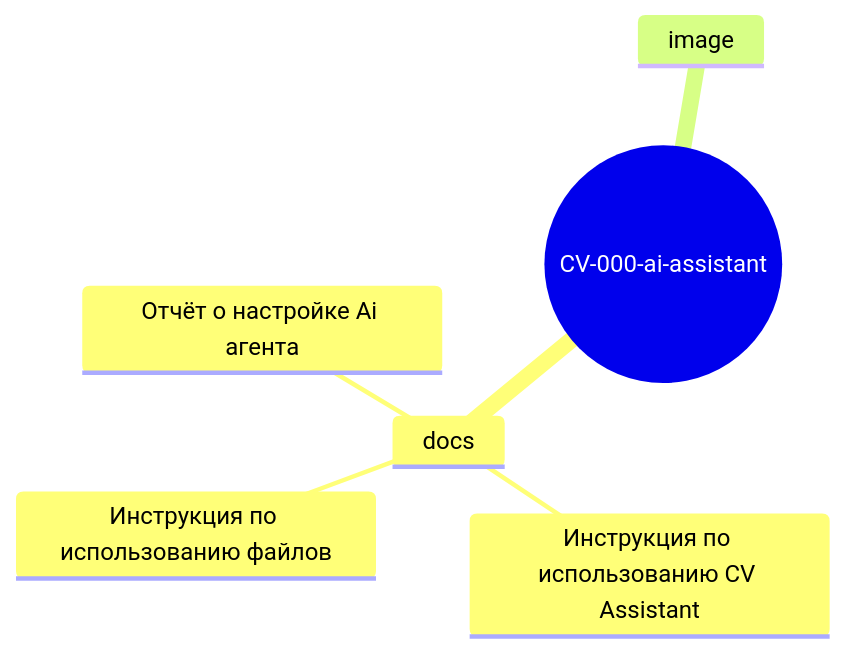
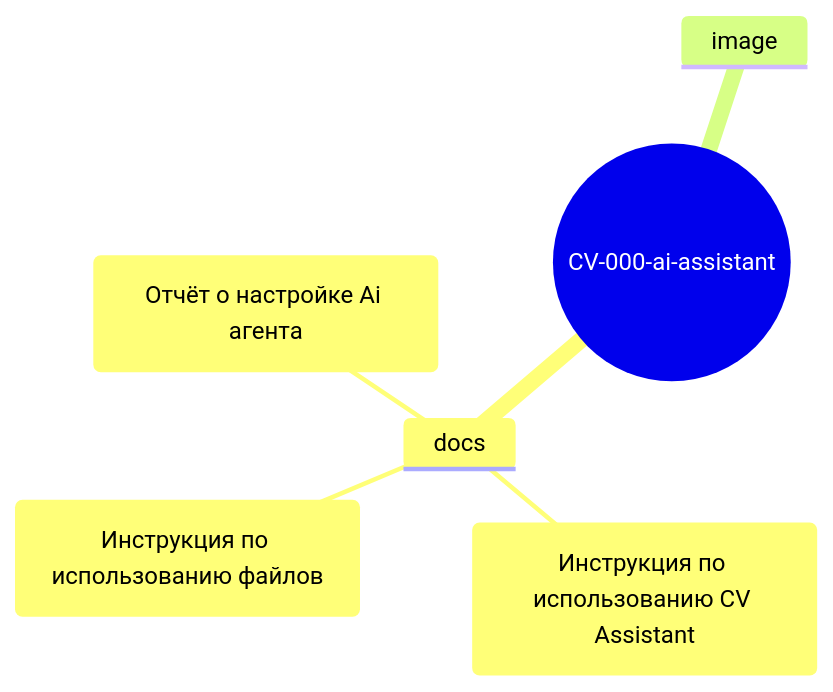
The diagram in CV-000-ai-assistant/README.MD (KSP-Hub/My-CV-Engineering-Projects), drawn with Mermaid before and after one commit.

````diff
--- a/CV-000-ai-assistant/README.MD
+++ b/CV-000-ai-assistant/README.MD
@@ -133,9 +133,9 @@
 ```mermaid
 mindmap
 root((CV-000-ai-assistant))
     docs
-        Отчёт о настройке Ai агента
-        Инструкция по использованию CV Assistant
-        Инструкция по использованию файлов
+        (Отчёт о настройке Ai агента)
+        (Инструкция по использованию CV Assistant)
+        (Инструкция по использованию файлов)
     image
 ```
````
